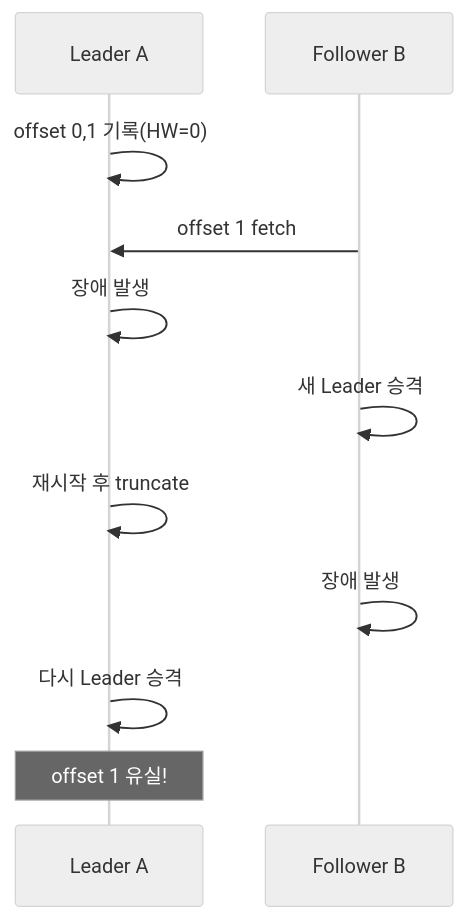
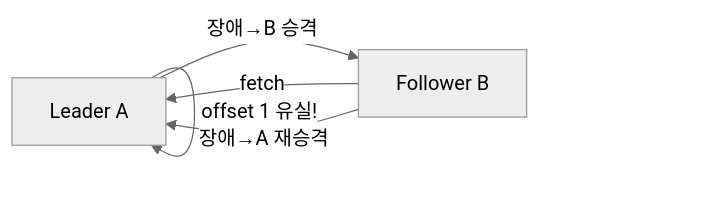
The fourth of 8 diagrams in _posts/kafka/2026-05-01-kafka-replication.md (yjkim2015/yjkim2015.github.io), drawn with Mermaid (neutral theme) before and after one commit. The commit also changed 32 other files, not shown here.

First line of the commit message:
sequenceDiagram 82개 → graph LR 변환 완료

````diff
--- a/_posts/kafka/2026-05-01-kafka-replication.md
+++ b/_posts/kafka/2026-05-01-kafka-replication.md
@@ -113,13 +113,9 @@
 ```mermaid
-sequenceDiagram
-    participant A as Leader A
-    participant B as Follower B
-    A ->> A: offset 0,1 기록(HW=0)
-    B ->> A: offset 1 fetch
-    A ->> A: 장애 발생
-    B ->> B: 새 Leader 승격
-    A ->> A: 재시작 후 truncate
-    B ->> B: 장애 발생
-    A ->> A: 다시 Leader 승격
-    Note over A: offset 1 유실!
+graph LR
+    A["Leader A"] -->|"offset 0,1 기록"| A
+    B["Follower B"] -->|"fetch"| A
+    A -->|"장애→B 승격"| B
+    A -->|"재시작→truncate"| A
+    B -->|"장애→A 재승격"| A
+    A -->|"offset 1 유실!"| A
 ```
````
